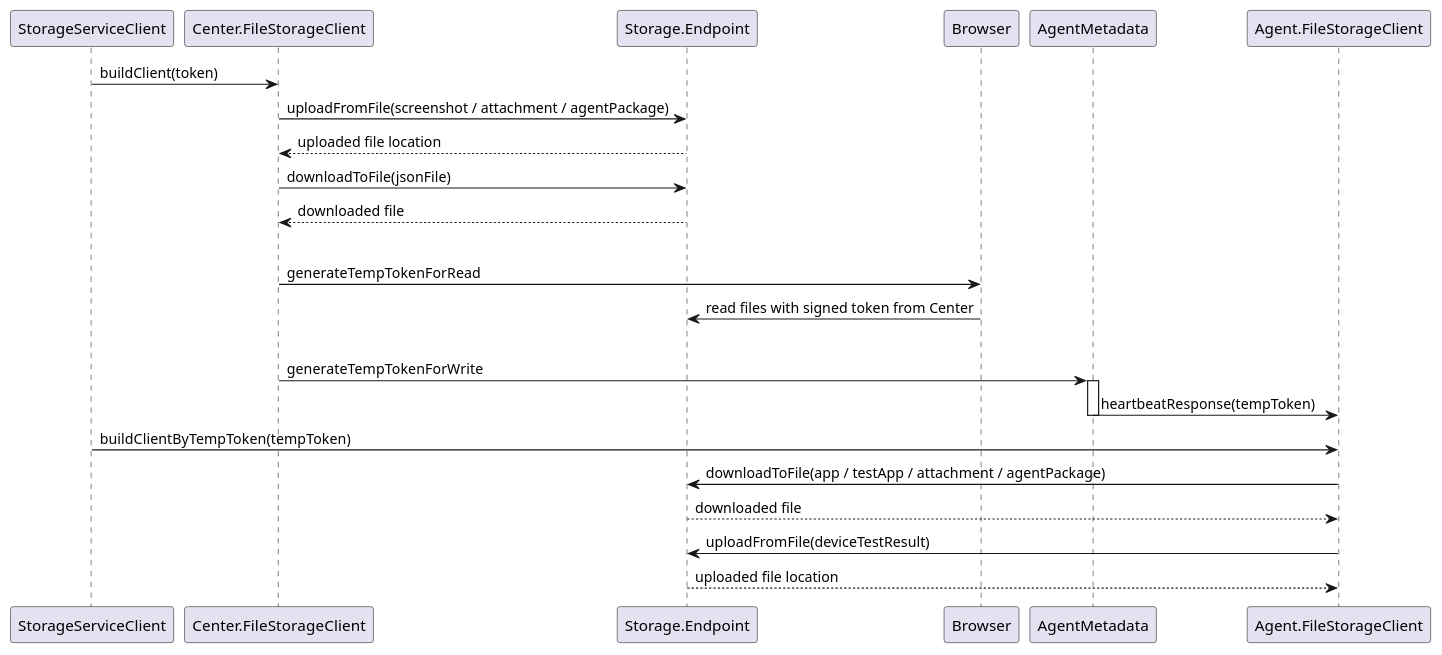
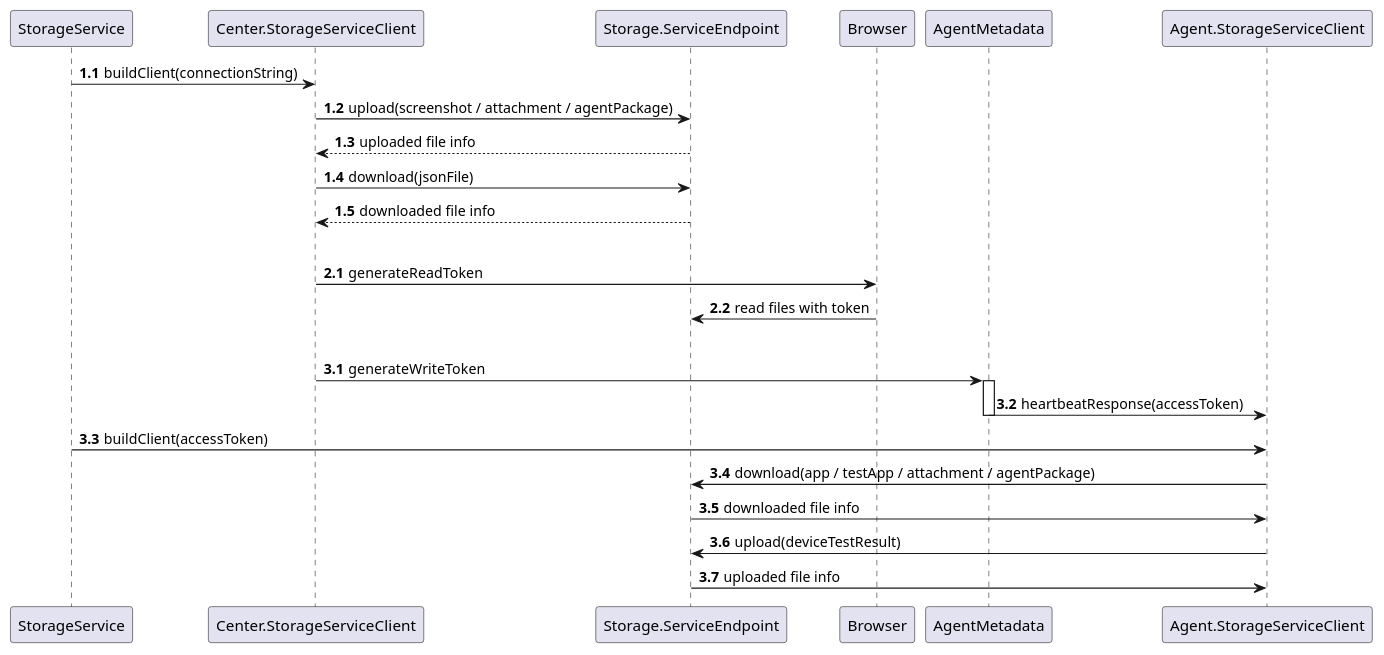
The diagram in common/doc/UML/file_system_sequence.puml (microsoft/HydraLab), drawn with PlantUML before and after one commit. The commit also changed other lines of this file and 66 other files, not shown here.

```diff
--- a/common/doc/UML/file_system_sequence.puml
+++ b/common/doc/UML/file_system_sequence.puml
@@ -20,22 +1,25 @@
-@startuml overall_cloud_storage_design
-'(Azure BLOB, ALI Cloud, QINIU Cloud, etc.)
-StorageServiceClient -> Center.FileStorageClient: buildClient(token)
-Center.FileStorageClient -> Storage.Endpoint: uploadFromFile(screenshot / attachment / agentPackage)
-Storage.Endpoint --> Center.FileStorageClient: uploaded file location
-Center.FileStorageClient -> Storage.Endpoint: downloadToFile(jsonFile)
-Storage.Endpoint --> Center.FileStorageClient: downloaded file
+@startuml storage_sequence
+'(Local, Azure BLOB, ALI Cloud, QINIU Cloud, etc.)
+autonumber 1.1
+StorageService -> Center.StorageServiceClient: buildClient(connectionString)
+Center.StorageServiceClient -> Storage.ServiceEndpoint: upload(screenshot / attachment / agentPackage)
+Storage.ServiceEndpoint --> Center.StorageServiceClient: uploaded file info
+Center.StorageServiceClient -> Storage.ServiceEndpoint: download(jsonFile)
+Storage.ServiceEndpoint --> Center.StorageServiceClient: downloaded file info
 |||
-Center.FileStorageClient -> Browser: generateTempTokenForRead
-Browser -> Storage.Endpoint: read files with signed token from Center
+autonumber 2.1
+Center.StorageServiceClient -> Browser: generateReadToken
+Browser -> Storage.ServiceEndpoint: read files with token
 |||
-Center.FileStorageClient -> AgentMetadata: generateTempTokenForWrite
+autonumber 3.1
+Center.StorageServiceClient -> AgentMetadata: generateWriteToken
 activate AgentMetadata
-AgentMetadata -> Agent.FileStorageClient: heartbeatResponse(tempToken)
+AgentMetadata -> Agent.StorageServiceClient: heartbeatResponse(accessToken)
 deactivate AgentMetadata
-StorageServiceClient -> Agent.FileStorageClient: buildClientByTempToken(tempToken)
-Agent.FileStorageClient -> Storage.Endpoint: downloadToFile(app / testApp / attachment / agentPackage)
-Storage.Endpoint --> Agent.FileStorageClient: downloaded file
-Agent.FileStorageClient -> Storage.Endpoint: uploadFromFile(deviceTestResult)
-Storage.Endpoint --> Agent.FileStorageClient: uploaded file location
+StorageService -> Agent.StorageServiceClient: buildClient(accessToken)
+Agent.StorageServiceClient -> Storage.ServiceEndpoint: download(app / testApp / attachment / agentPackage)
+Storage.ServiceEndpoint -> Agent.StorageServiceClient: downloaded file info
+Agent.StorageServiceClient -> Storage.ServiceEndpoint: upload(deviceTestResult)
+Storage.ServiceEndpoint -> Agent.StorageServiceClient: uploaded file info
 
 @enduml
```
